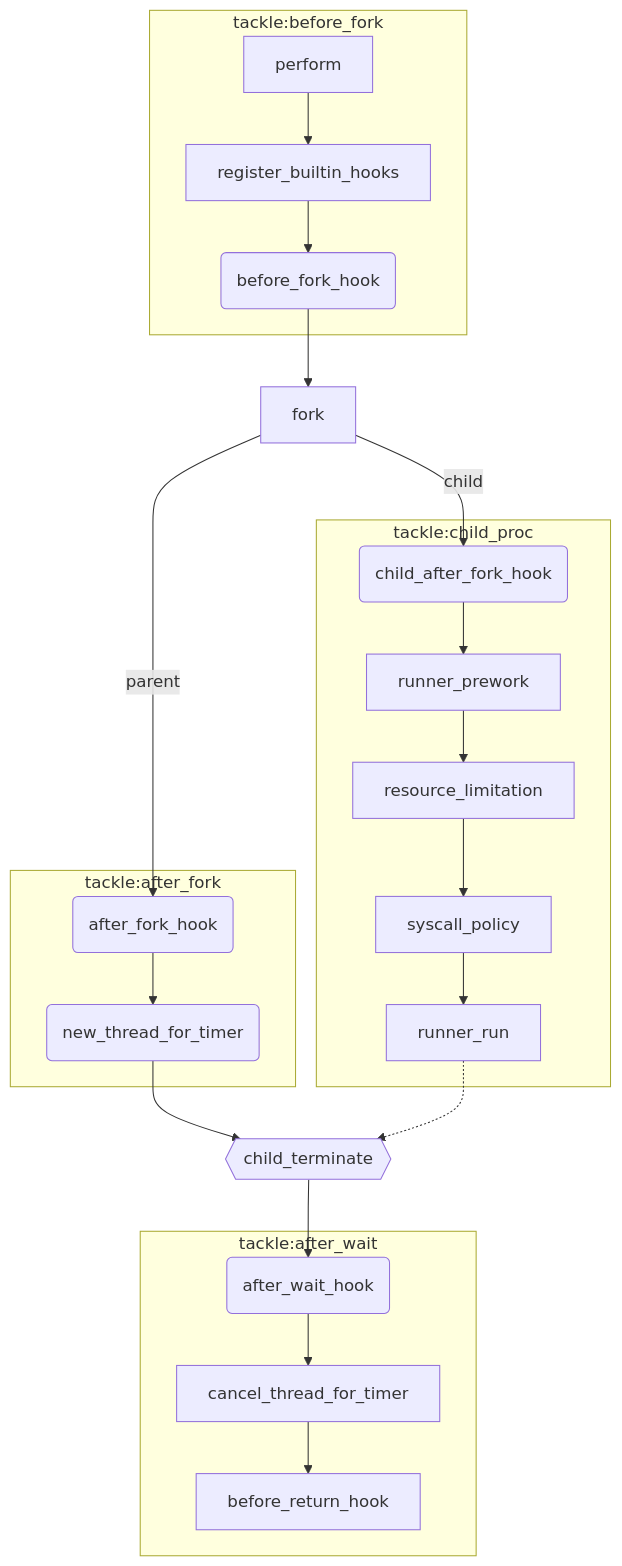
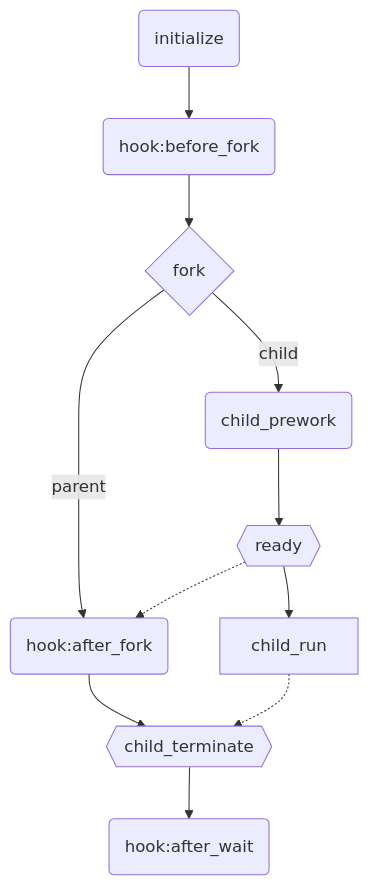
Before and after one commit to sshwy/yaoj-judger: the diagram in README.md, drawn with Mermaid. The commit also changed other lines of this file and 19 other files, not shown here.

````diff
--- a/README.md
+++ b/README.md
@@ -115,25 +98,7 @@
 ```mermaid
 graph TD
-subgraph tackle:before_fork
-perform --> register_builtin_hooks --> bfh(before_fork_hook)
-end
-
-bfh --> fork -->|parent| afh(after_fork_hook)
-
-subgraph tackle:after_fork
-afh --> nt(new_thread_for_timer)
-end
-
-nt --> c_t{{child_terminate}} --> awh(after_wait_hook)
-
-subgraph tackle:after_wait
-awh --> cancel_thread_for_timer --> before_return_hook
-end
-
-fork -->|child| cafh
-
-subgraph tackle:child_proc
-cafh(child_after_fork_hook) --> runner_prework --> resource_limitation --> syscall_policy --> runner_run 
-end 
-runner_run -.-> c_t
+init(initialize) --> bfh(hook:before_fork)
+bfh --> fork{fork} -->|parent| afh(hook:after_fork)
+rd -.-> afh --> c_t{{child_terminate}} --> awh(hook:after_wait)
+fork -->|child| cafh(child_prework) --> rd{{ready}} --> child_run -.-> c_t
 ```
````
